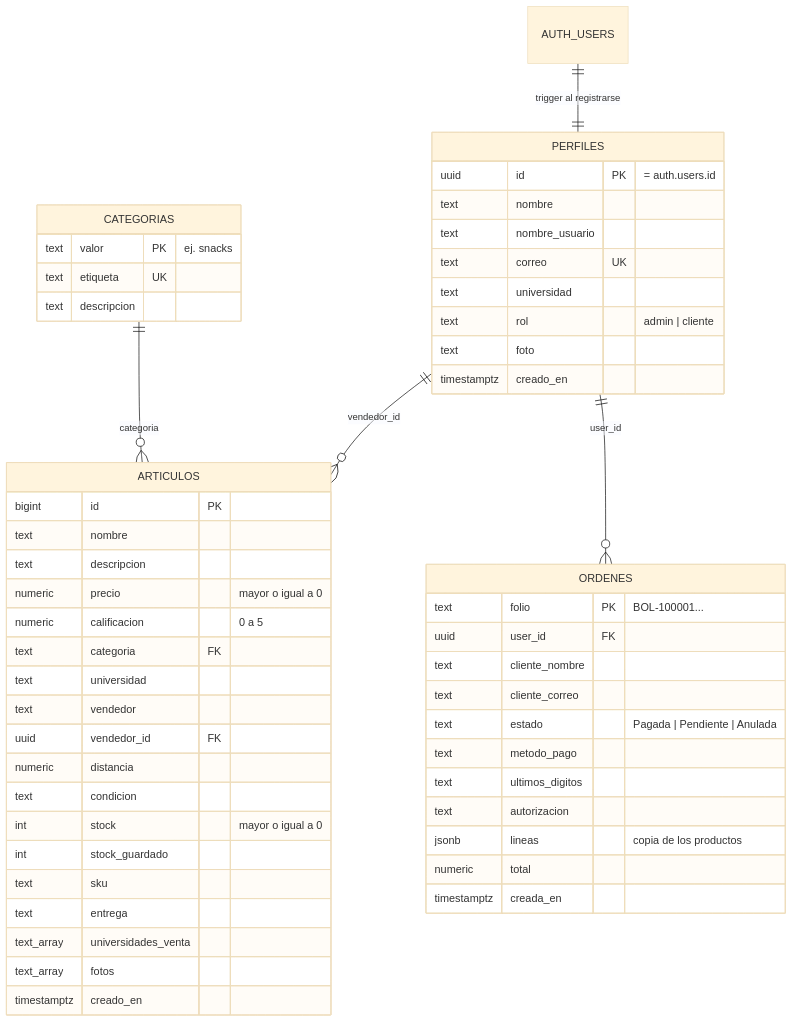
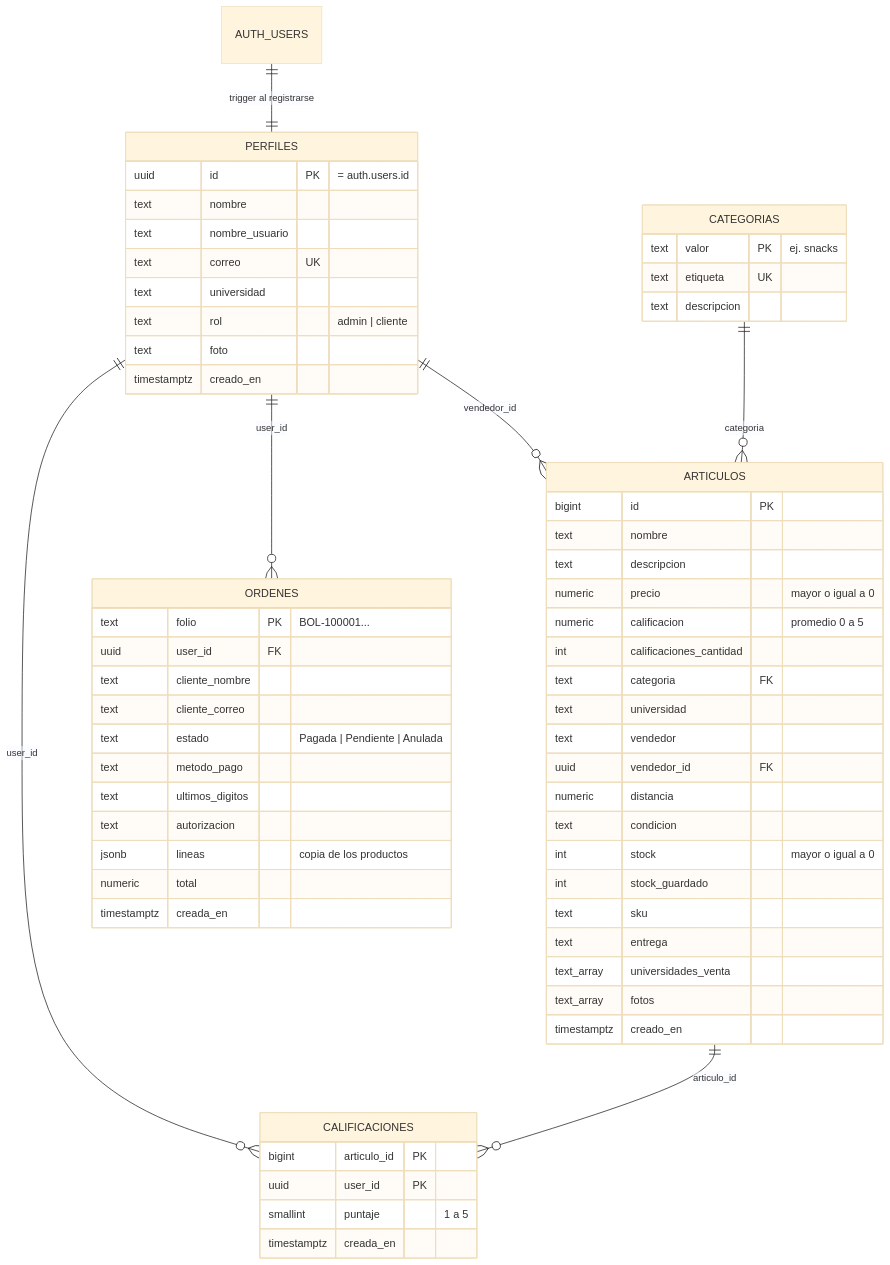
The second of 3 diagrams in README.md (JJ8s/UniMarket), drawn with Mermaid (base theme) before and after one commit. The commit also changed other lines of this file and 48 other files, not shown here.

````diff
--- a/README.md
+++ b/README.md
@@ -51,56 +51,65 @@
 ```mermaid
 erDiagram
     AUTH_USERS ||--|| PERFILES : "trigger al registrarse"
     PERFILES ||--o{ ARTICULOS : "vendedor_id"
     CATEGORIAS ||--o{ ARTICULOS : "categoria"
     PERFILES ||--o{ ORDENES : "user_id"
+    PERFILES ||--o{ CALIFICACIONES : "user_id"
+    ARTICULOS ||--o{ CALIFICACIONES : "articulo_id"
 
     PERFILES {
         uuid id PK "= auth.users.id"
         text nombre
         text nombre_usuario
         text correo UK
         text universidad
         text rol "admin | cliente"
         text foto
         timestamptz creado_en
     }
     CATEGORIAS {
         text valor PK "ej. snacks"
         text etiqueta UK
         text descripcion
     }
     ARTICULOS {
         bigint id PK
         text nombre
         text descripcion
         numeric precio "mayor o igual a 0"
-        numeric calificacion "0 a 5"
+        numeric calificacion "promedio 0 a 5"
+        int calificaciones_cantidad
         text categoria FK
         text universidad
         text vendedor
         uuid vendedor_id FK
         numeric distancia
         text condicion
         int stock "mayor o igual a 0"
         int stock_guardado
         text sku
         text entrega
         text_array universidades_venta
         text_array fotos
         timestamptz creado_en
+    }
+    CALIFICACIONES {
+        bigint articulo_id PK
+        uuid user_id PK
+        smallint puntaje "1 a 5"
+        timestamptz creada_en
     }
     ORDENES {
         text folio PK "BOL-100001..."
         uuid user_id FK
         text cliente_nombre
         text cliente_correo
         text estado "Pagada | Pendiente | Anulada"
         text metodo_pago
         text ultimos_digitos
         text autorizacion
         jsonb lineas "copia de los productos"
         numeric total
         timestamptz creada_en
     }
 ```
````
